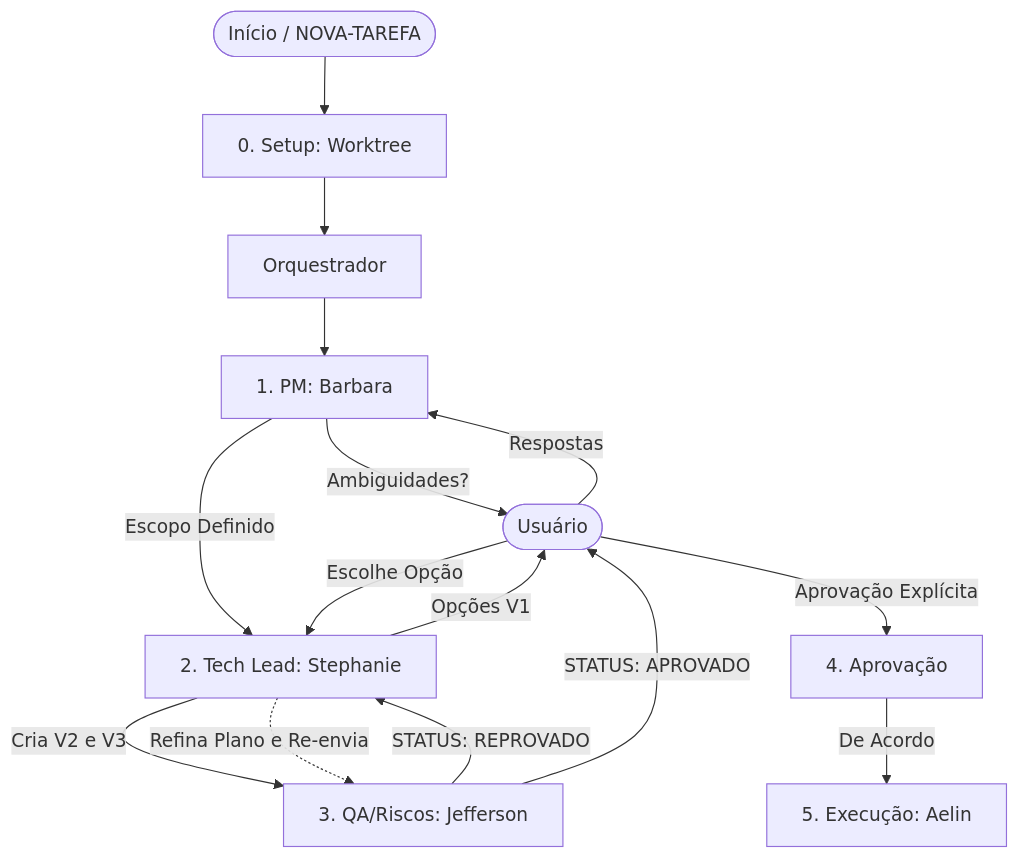
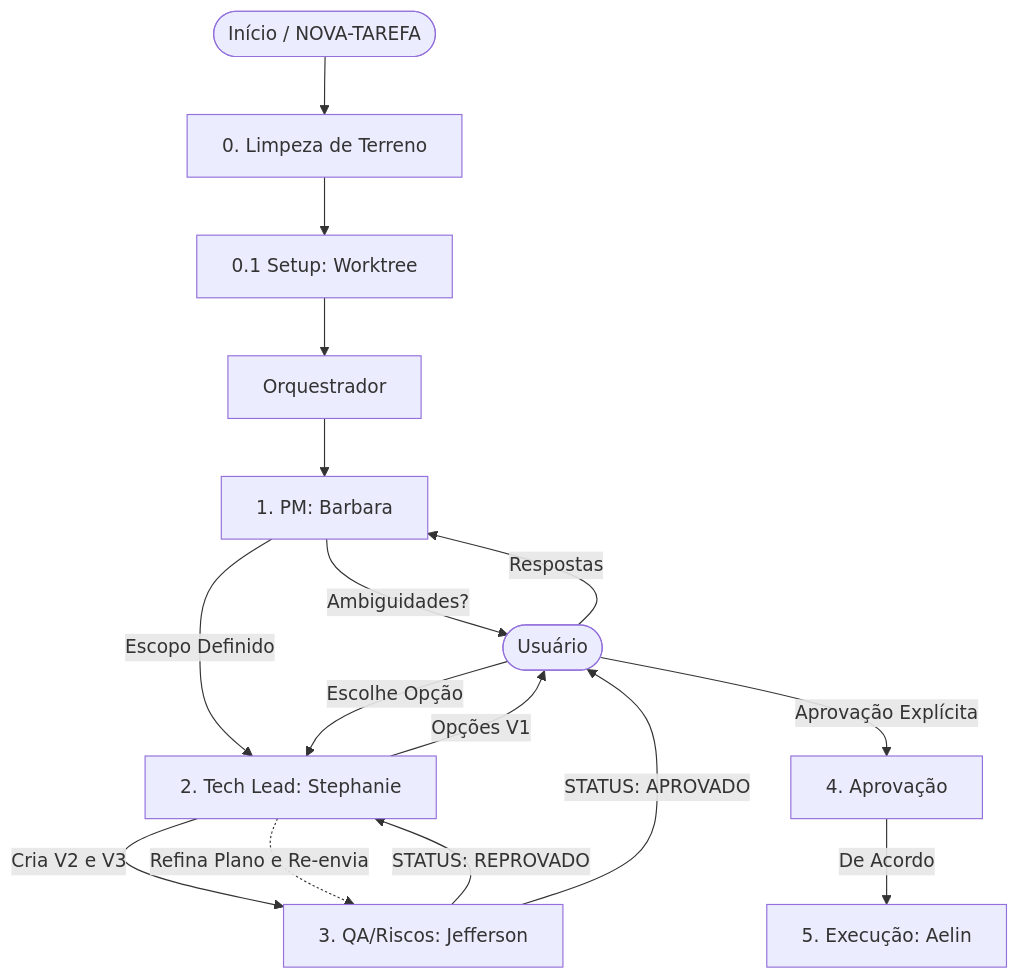
One commit to pipalabs/pi-code changed the diagram in skills/plan/SKILL.md. Above: the diagram before and after it, drawn with Mermaid. The commit also changed other lines of this file and 2 other files, not shown here.

First line of the commit message:
docs(infra): limpeza de terreno (colegas/tasks) nas skills plan/execute/finish

````diff
--- a/skills/plan/SKILL.md
+++ b/skills/plan/SKILL.md
@@ -83,17 +99,18 @@
 ```mermaid
 graph TD
-    Start([Início / NOVA-TAREFA]) --> Setup[0. Setup: Worktree]
+    Start([Início / NOVA-TAREFA]) --> Limpeza[0. Limpeza de Terreno]
+    Limpeza --> Setup[0.1 Setup: Worktree]
     Setup --> Orquestrador[Orquestrador]
     Orquestrador --> Barbara[1. PM: Barbara]
     Barbara -->|Ambiguidades?| User([Usuário])
     User -->|Respostas| Barbara
     Barbara -->|Escopo Definido| Stephanie[2. Tech Lead: Stephanie]
     Stephanie -->|Opções V1| User
     User -->|Escolhe Opção| Stephanie
     Stephanie -->|Cria V2 e V3| Jefferson[3. QA/Riscos: Jefferson]
     Jefferson -->|STATUS: REPROVADO| Stephanie
     Stephanie -.->|Refina Plano e Re-envia| Jefferson
     Jefferson -->|STATUS: APROVADO| User
     User -->|Aprovação Explícita| Aelin[4. Aprovação]
     Aelin -->|De Acordo| Exec[5. Execução: Aelin]
 ```
````
